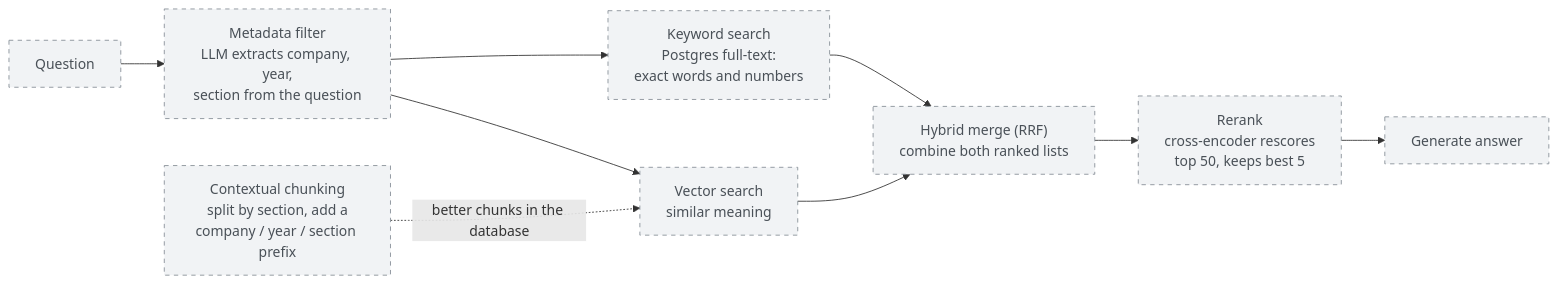
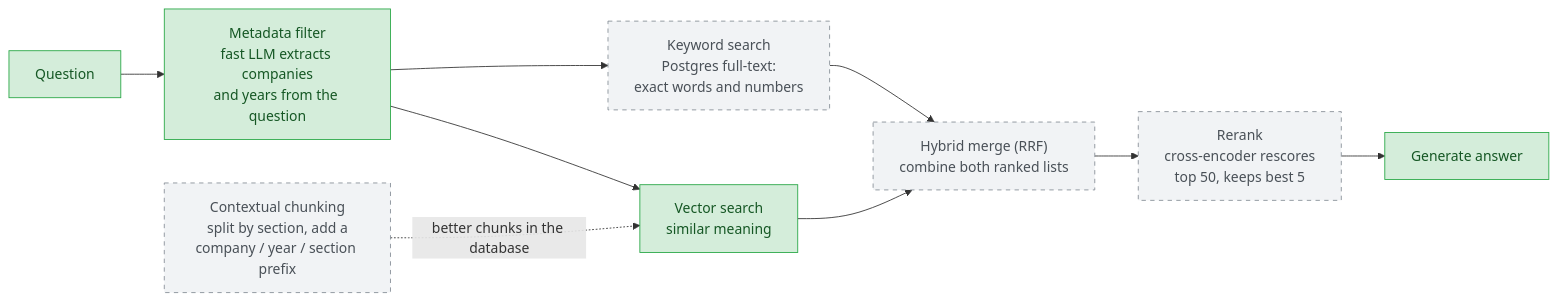
Before and after one commit to madeleine68/Reportlens: the third of 6 diagrams in README.md, drawn with Mermaid. The commit also changed other lines of this file and 11 other files, not shown here.

First line of the commit message:
Phase 2: LLM metadata filters (company, year)

````diff
--- a/README.md
+++ b/README.md
@@ -128,14 +129,16 @@
 ```mermaid
 flowchart LR
-    q["Question"] --> filt["Metadata filter<br/>LLM extracts company, year,<br/>section from the question"]
+    q["Question"] --> filt["Metadata filter<br/>fast LLM extracts companies<br/>and years from the question"]
     filt --> vec["Vector search<br/>similar meaning"]
     filt --> kw["Keyword search<br/>Postgres full-text:<br/>exact words and numbers"]
     vec --> rrf["Hybrid merge (RRF)<br/>combine both ranked lists"]
     kw --> rrf
     rrf --> rerank["Rerank<br/>cross-encoder rescores<br/>top 50, keeps best 5"]
     rerank --> gen["Generate answer"]
     ctx["Contextual chunking<br/>split by section, add a<br/>company / year / section prefix"] -.->|"better chunks in the database"| vec
 
     classDef planned fill:#f1f3f5,stroke:#868e96,color:#495057,stroke-dasharray: 5 5
-    class q,filt,vec,kw,rrf,rerank,gen,ctx planned
+    classDef done fill:#d4edda,stroke:#28a745,color:#155724
+    class q,filt,vec,gen done
+    class kw,rrf,rerank,ctx planned
 ```
````
